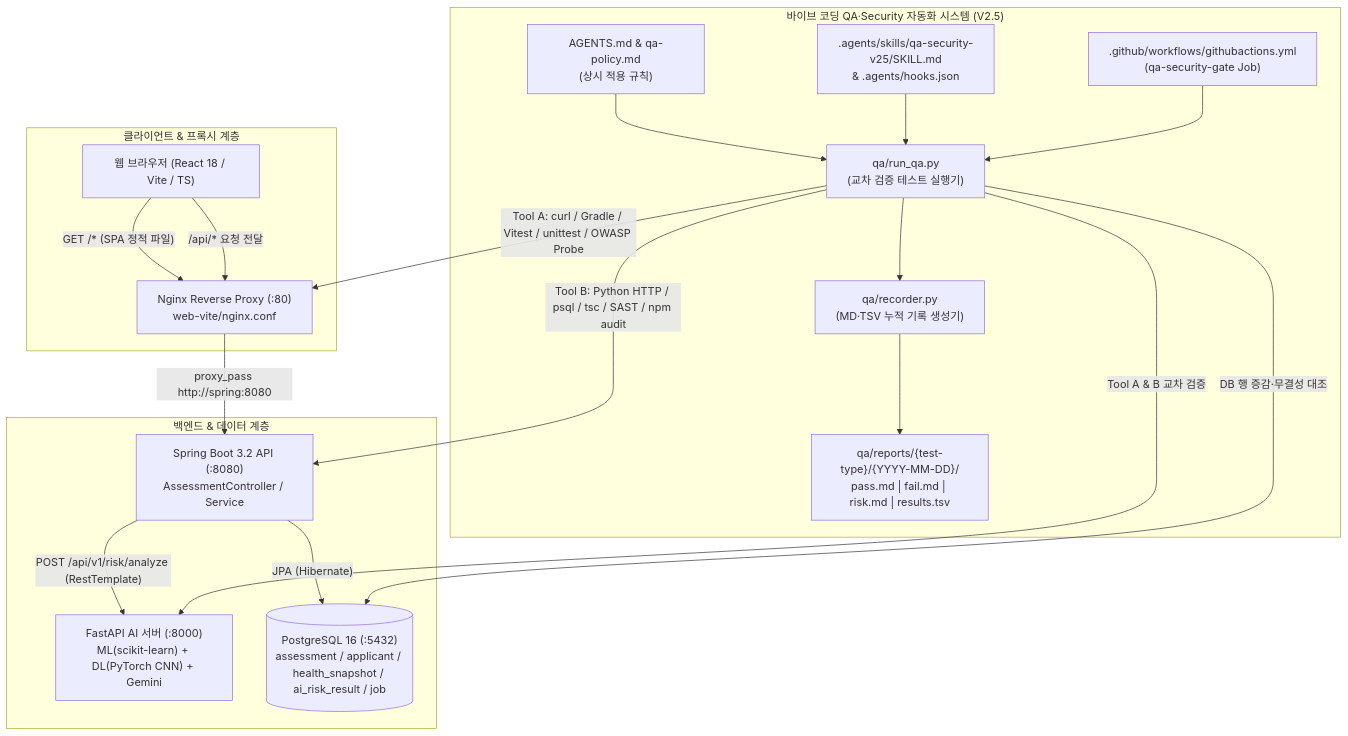
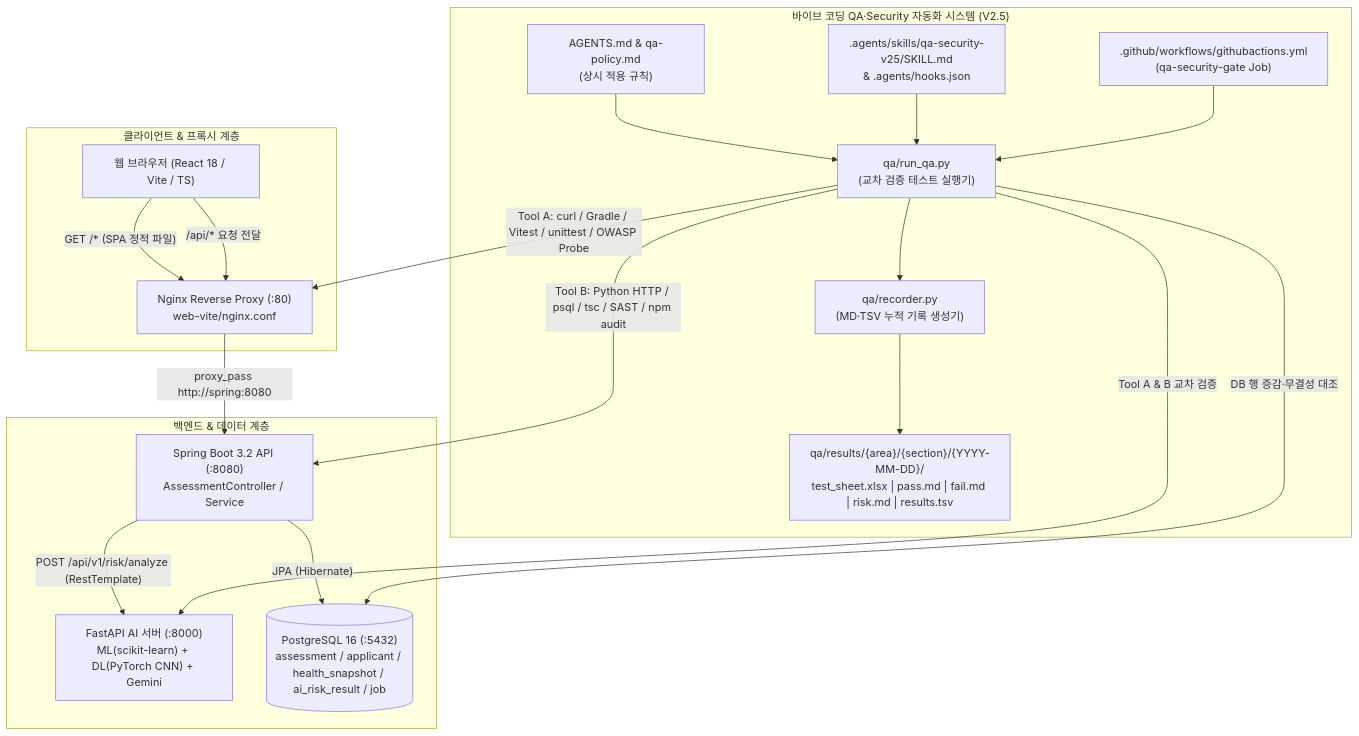
The first of 2 diagrams in docs/ARCHITECTURE.md (siren8289/IF_v2), drawn with Mermaid before and after one commit. The commit also changed 267 other files, not shown here.

````diff
--- a/docs/ARCHITECTURE.md
+++ b/docs/ARCHITECTURE.md
@@ -5,38 +5,38 @@
 ```mermaid
 flowchart TD
     subgraph Client_Layer ["클라이언트 & 프록시 계층"]
         Browser["웹 브라우저 (React 18 / Vite / TS)"]
         Nginx["Nginx Reverse Proxy (:80)<br/>web-vite/nginx.conf"]
         Browser -->|"GET /* (SPA 정적 파일)"| Nginx
         Browser -->|"/api/* 요청 전달"| Nginx
     end
 
     subgraph Backend_Layer ["백엔드 & 데이터 계층"]
         Spring["Spring Boot 3.2 API (:8080)<br/>AssessmentController / Service"]
         FastAPI["FastAPI AI 서버 (:8000)<br/>ML(scikit-learn) + DL(PyTorch CNN) + Gemini"]
         Postgres[("PostgreSQL 16 (:5432)<br/>assessment / applicant / health_snapshot / ai_risk_result / job")]
 
         Nginx -->|"proxy_pass http://spring:8080"| Spring
         Spring -->|"JPA (Hibernate)"| Postgres
         Spring -->|"POST /api/v1/risk/analyze (RestTemplate)"| FastAPI
     end
 
     subgraph QA_Security_V25 ["바이브 코딩 QA·Security 자동화 시스템 (V2.5)"]
         AgentsMD["AGENTS.md & qa-policy.md<br/>(상시 적용 규칙)"]
         SkillHook[".agents/skills/qa-security-v25/SKILL.md<br/>& .agents/hooks.json"]
         Runner["qa/run_qa.py<br/>(교차 검증 테스트 실행기)"]
         Recorder["qa/recorder.py<br/>(MD·TSV 누적 기록 생성기)"]
-        Reports["qa/reports/{test-type}/{YYYY-MM-DD}/<br/>pass.md | fail.md | risk.md | results.tsv"]
+        Reports["qa/results/{area}/{section}/{YYYY-MM-DD}/<br/>test_sheet.xlsx | pass.md | fail.md | risk.md | results.tsv"]
         CIGate[".github/workflows/githubactions.yml<br/>(qa-security-gate Job)"]
 
         AgentsMD --> Runner
         SkillHook --> Runner
         CIGate --> Runner
         Runner -->|"Tool A: curl / Gradle / Vitest / unittest / OWASP Probe"| Nginx
         Runner -->|"Tool B: Python HTTP / psql / tsc / SAST / npm audit"| Spring
         Runner -->|"Tool A & B 교차 검증"| FastAPI
         Runner -->|"DB 행 증감·무결성 대조"| Postgres
         Runner --> Recorder
         Recorder --> Reports
     end
 ```
````
